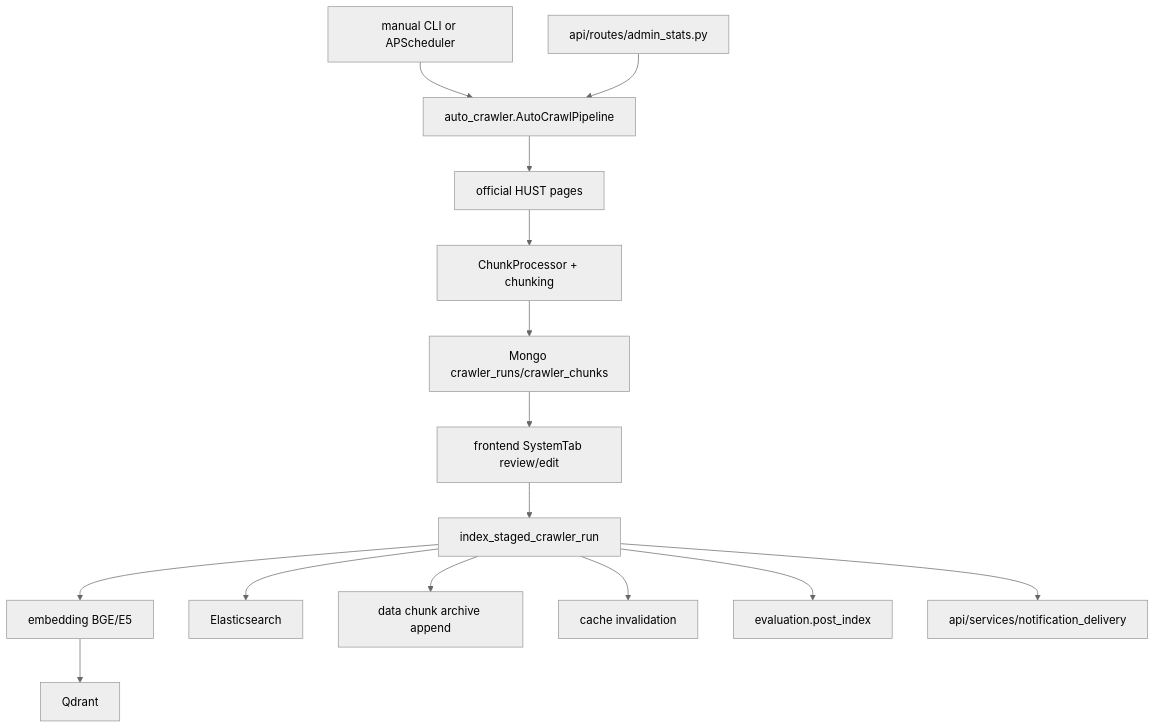
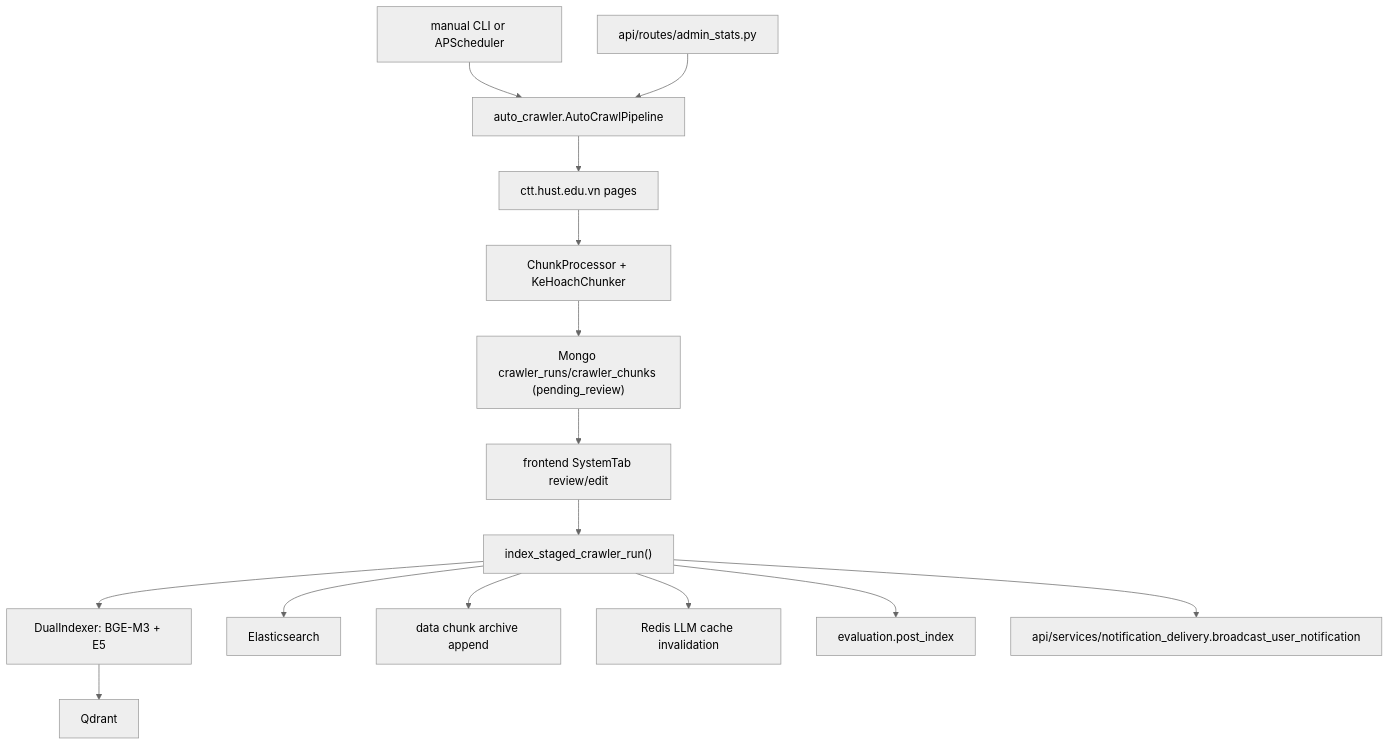
The diagram in src/RAG_v2/scripts/MODULE.md (hoainam183/GR), drawn with Mermaid (neutral theme) before and after one commit. The commit also changed other lines of this file and 38 other files, not shown here.

````diff
--- a/src/RAG_v2/scripts/MODULE.md
+++ b/src/RAG_v2/scripts/MODULE.md
@@ -131,17 +214,17 @@
 ```mermaid
 flowchart TD
   CLI["manual CLI or APScheduler"] --> Crawler["auto_crawler.AutoCrawlPipeline"]
   AdminAPI["api/routes/admin_stats.py"] --> Crawler
-  Crawler --> Fetch["official HUST pages"]
-  Fetch --> Chunk["ChunkProcessor + chunking"]
-  Chunk --> Stage["Mongo crawler_runs/crawler_chunks"]
+  Crawler --> Fetch["ctt.hust.edu.vn pages"]
+  Fetch --> Chunk["ChunkProcessor + KeHoachChunker"]
+  Chunk --> Stage["Mongo crawler_runs/crawler_chunks (pending_review)"]
   Stage --> Review["frontend SystemTab review/edit"]
-  Review --> IndexApproval["index_staged_crawler_run"]
-  IndexApproval --> Embedding["embedding BGE/E5"]
+  Review --> IndexApproval["index_staged_crawler_run()"]
+  IndexApproval --> Embedding["DualIndexer: BGE-M3 + E5"]
   Embedding --> Qdrant["Qdrant"]
   IndexApproval --> ES["Elasticsearch"]
   IndexApproval --> Archive["data chunk archive append"]
-  IndexApproval --> Cache["cache invalidation"]
+  IndexApproval --> Cache["Redis LLM cache invalidation"]
   IndexApproval --> Eval["evaluation.post_index"]
-  IndexApproval --> Notify["api/services/notification_delivery"]
+  IndexApproval --> Notify["api/services/notification_delivery.broadcast_user_notification"]
 ```
````
